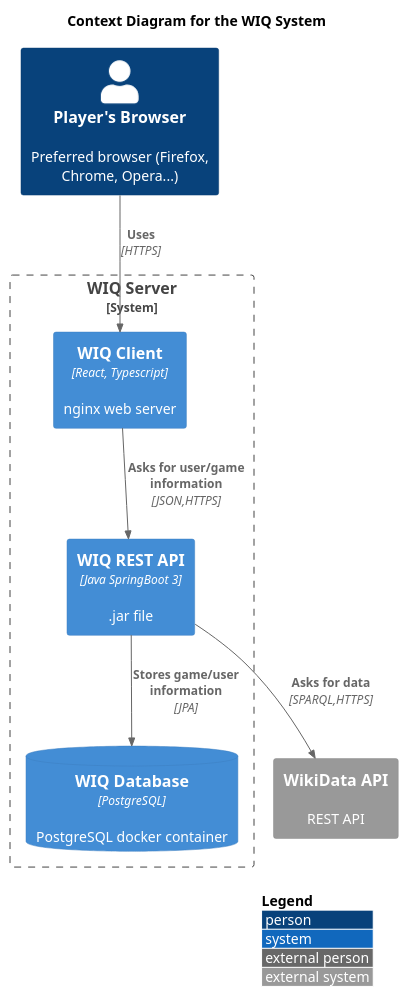
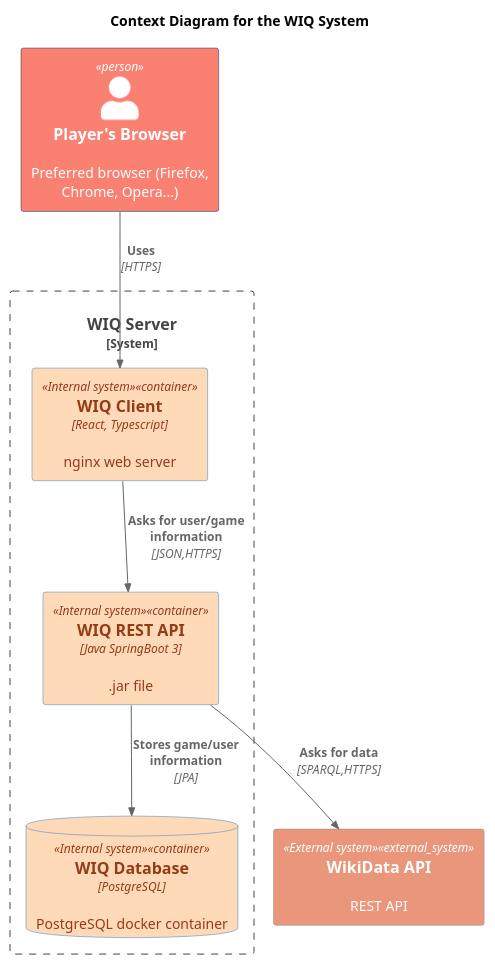
Before and after one commit to Arquisoft/wiq_en2b: the diagram in docs/diagrams/TechnicalContextDiagram.puml, drawn with PlantUML. The commit also changed 2 other files, not shown here.

Commit message:
fix: color legend updated for container diagram

```diff
--- a/docs/diagrams/TechnicalContextDiagram.puml
+++ b/docs/diagrams/TechnicalContextDiagram.puml
@@ -1,23 +1,27 @@
 @startuml
 !includeurl https://raw.githubusercontent.com/RicardoNiepel/C4-PlantUML/master/C4_Container.puml
 !include <c4/C4_Context.puml>
 
 title Context Diagram for the WIQ System
-LAYOUT_WITH_LEGEND()
+AddElementTag("Person", $bgColor="#salmon", $fontColor="#white")
+AddElementTag("Internal system", $bgColor="#peachpuff", $fontColor="#963b17")
+AddElementTag("External system", $bgColor="#darksalmon", $fontColor="#white")
 
 'Containers
 Person(player, Player's Browser,"Preferred browser (Firefox, Chrome, Opera...)")
 
 System_Boundary(wiq,"WIQ Server"){
-    Container(web_app, "WIQ Client", "React, Typescript", "nginx web server")
-    Container(backend_api, "WIQ REST API","Java SpringBoot 3",".jar file")
-    ContainerDb(database,"WIQ Database","PostgreSQL","PostgreSQL docker container")
+    Container(web_app, "WIQ Client", "React, Typescript", "nginx web server", $tags="Internal system")
+    Container(backend_api, "WIQ REST API","Java SpringBoot 3",".jar file", $tags="Internal system")
+    ContainerDb(database,"WIQ Database","PostgreSQL","PostgreSQL docker container", $tags="Internal system")
 }
-System_Ext(wikidata,"WikiData API","REST API")
+System_Ext(wikidata,"WikiData API","REST API", $tags="External system")
 
 'RELATIONS
 Rel(player,web_app,"Uses","HTTPS")
 Rel(backend_api,wikidata,"Asks for data","SPARQL,HTTPS")
 Rel(web_app,backend_api,"Asks for user/game information","JSON,HTTPS")
 Rel(backend_api,database,"Stores game/user information","JPA")
+
+
 @enduml
```
